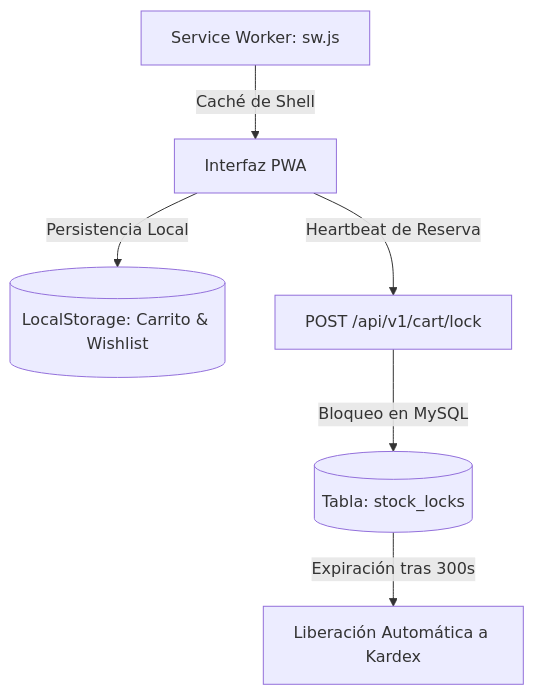
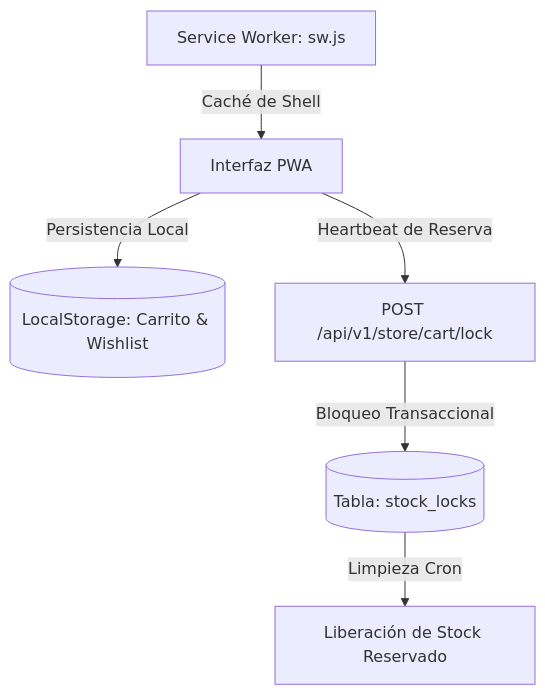
One commit to arteagaescorza-dev/mi-tienda-online changed the diagram in docs/modules/storefront-pwa.md. Above: the diagram before and after it, drawn with Mermaid. The commit also changed other lines of this file and 49 other files, not shown here.

````diff
--- a/docs/modules/storefront-pwa.md
+++ b/docs/modules/storefront-pwa.md
@@ -26,8 +23,8 @@
 ```mermaid
 graph TD
     SW[Service Worker: sw.js] -->|Caché de Shell| UI[Interfaz PWA]
     UI -->|Persistencia Local| LS[(LocalStorage: Carrito & Wishlist)]
-    UI -->|Heartbeat de Reserva| API[POST /api/v1/cart/lock]
-    API -->|Bloqueo en MySQL| DB[(Tabla: stock_locks)]
-    DB -->|Expiración tras 300s| CRON[Liberación Automática a Kardex]
+    UI -->|Heartbeat de Reserva| API[POST /api/v1/store/cart/lock]
+    API -->|Bloqueo Transaccional| DB[(Tabla: stock_locks)]
+    DB -->|Limpieza Cron| CRON[Liberación de Stock Reservado]
 ```
````
